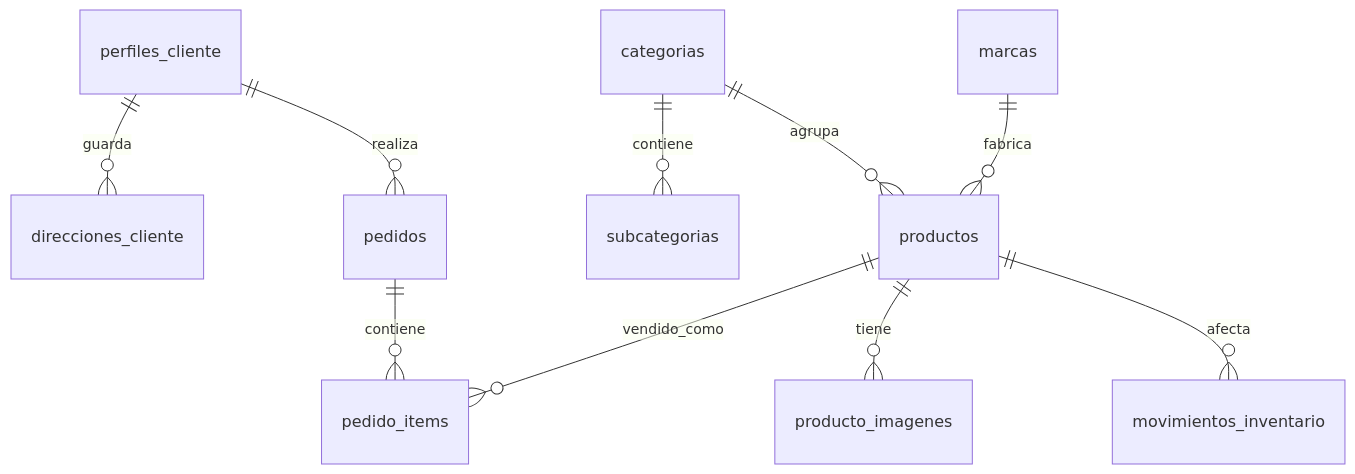
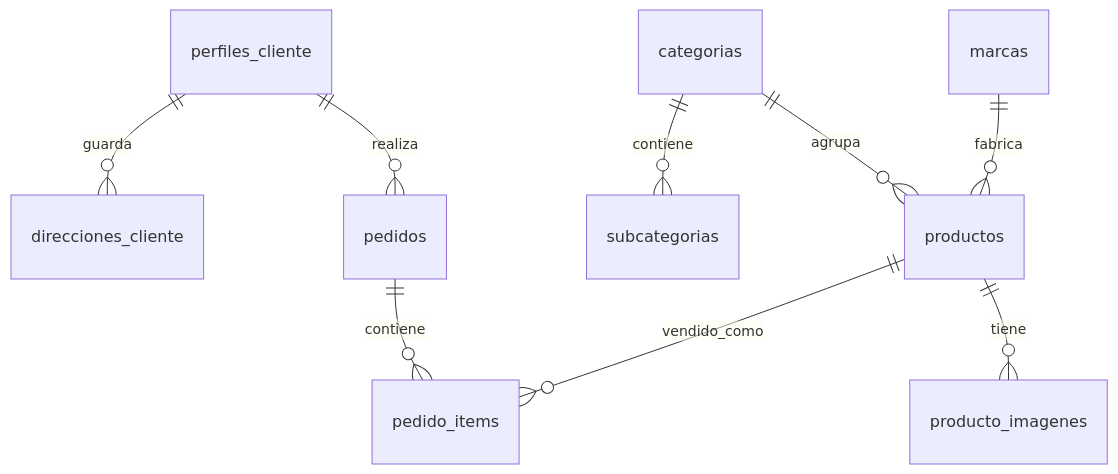
The eighth of 9 diagrams in docs/Documentación.md (deylleranchundiaalcivar34-stack/pesca-con-fe), drawn with Mermaid before and after one commit. The commit also changed other lines of this file and 34 other files, not shown here.

````diff
--- a/docs/Documentación.md
+++ b/docs/Documentación.md
@@ -1006,12 +1026,11 @@
 ```mermaid
 erDiagram
   perfiles_cliente ||--o{ direcciones_cliente : guarda
   perfiles_cliente ||--o{ pedidos : realiza
   categorias ||--o{ subcategorias : contiene
   categorias ||--o{ productos : agrupa
   marcas ||--o{ productos : fabrica
   productos ||--o{ producto_imagenes : tiene
   pedidos ||--o{ pedido_items : contiene
   productos ||--o{ pedido_items : vendido_como
-  productos ||--o{ movimientos_inventario : afecta
 ```
````
